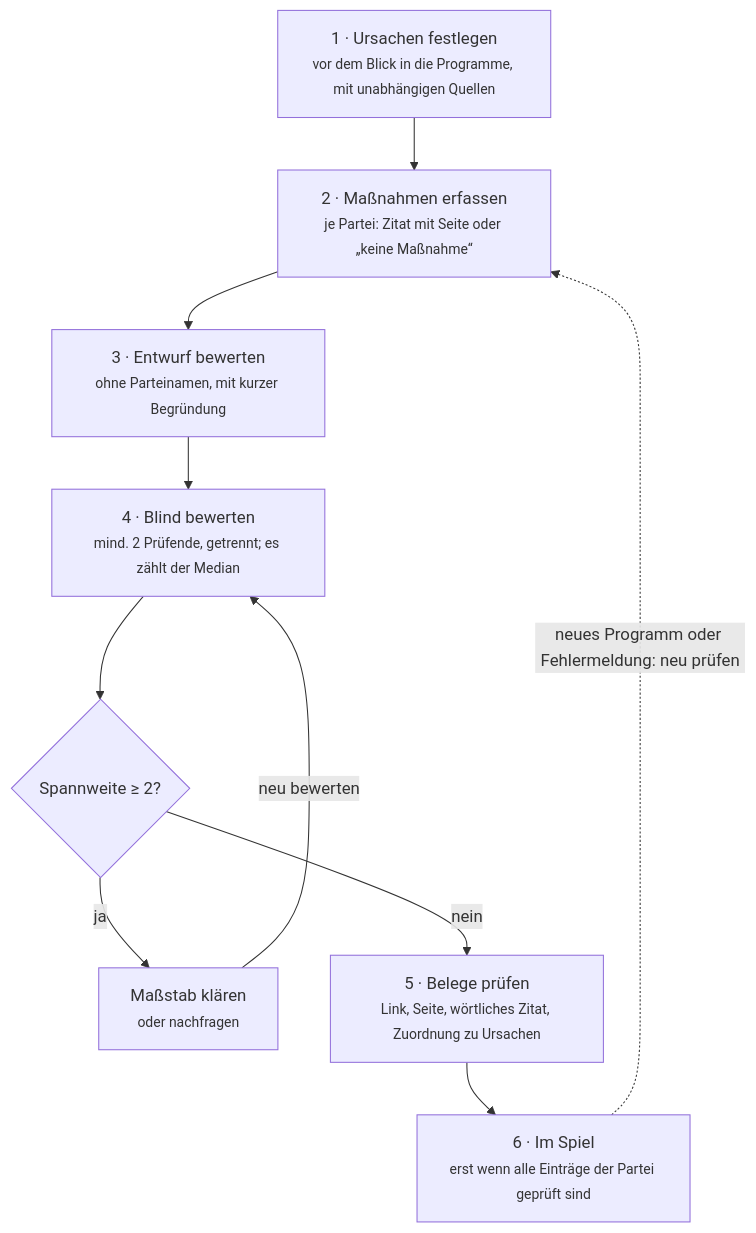
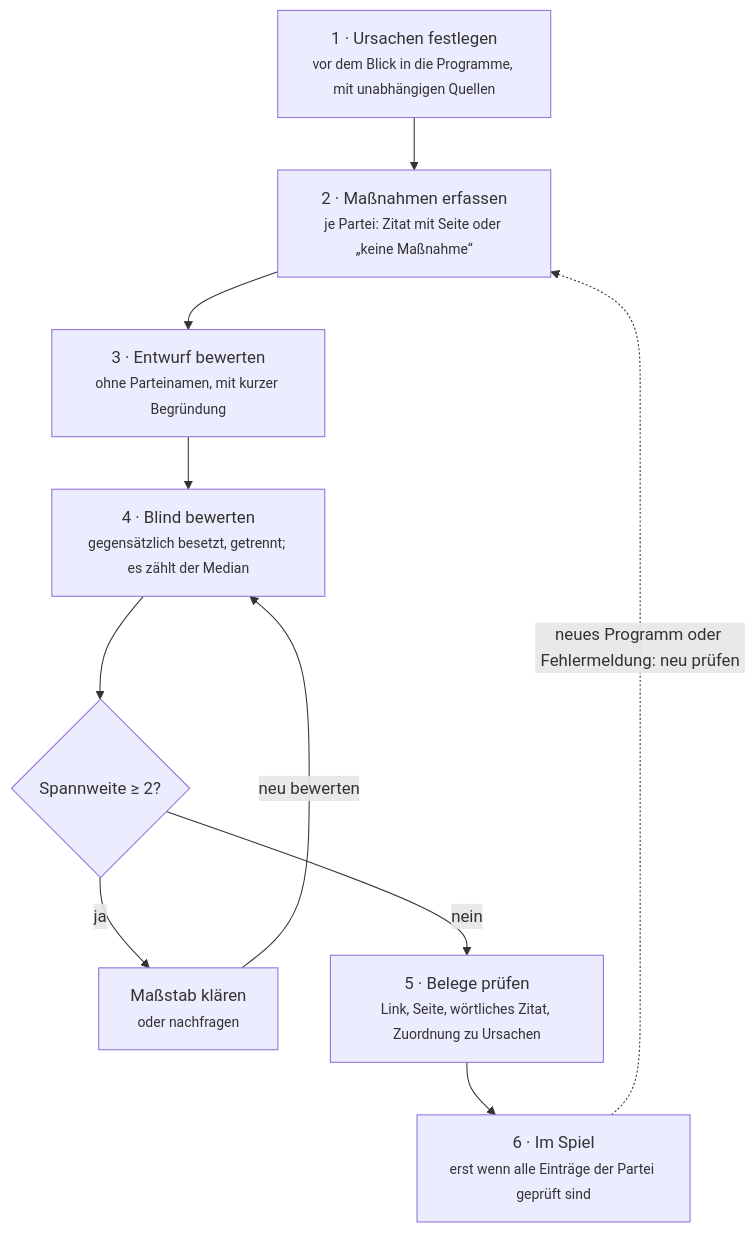
One commit to abaron-lab/politik-duell changed the diagram in docs/methode.md. Above: the diagram before and after it, drawn with Mermaid. The commit also changed other lines of this file and 4 other files, not shown here.

First line of the commit message:
Gegensätzlich besetzte Prüfende und geschlossene Beta

````diff
--- a/docs/methode.md
+++ b/docs/methode.md
@@ -112,15 +112,15 @@
 ```mermaid
 flowchart TD
     U["1 · Ursachen festlegen<br/><small>vor dem Blick in die Programme, mit unabhängigen Quellen</small>"]
     M["2 · Maßnahmen erfassen<br/><small>je Partei: Zitat mit Seite oder „keine Maßnahme“</small>"]
     E["3 · Entwurf bewerten<br/><small>ohne Parteinamen, mit kurzer Begründung</small>"]
-    B["4 · Blind bewerten<br/><small>mind. 2 Prüfende, getrennt; es zählt der Median</small>"]
+    B["4 · Blind bewerten<br/><small>gegensätzlich besetzt, getrennt; es zählt der Median</small>"]
     S{"Spannweite ≥ 2?"}
     K["Maßstab klären<br/><small>oder nachfragen</small>"]
     L["5 · Belege prüfen<br/><small>Link, Seite, wörtliches Zitat, Zuordnung zu Ursachen</small>"]
     G["6 · Im Spiel<br/><small>erst wenn alle Einträge der Partei geprüft sind</small>"]
     U --> M --> E --> B --> S
     S -- ja --> K -- neu bewerten --> B
     S -- nein --> L --> G
     G -. "neues Programm oder Fehlermeldung: neu prüfen" .-> M
 ```
````
